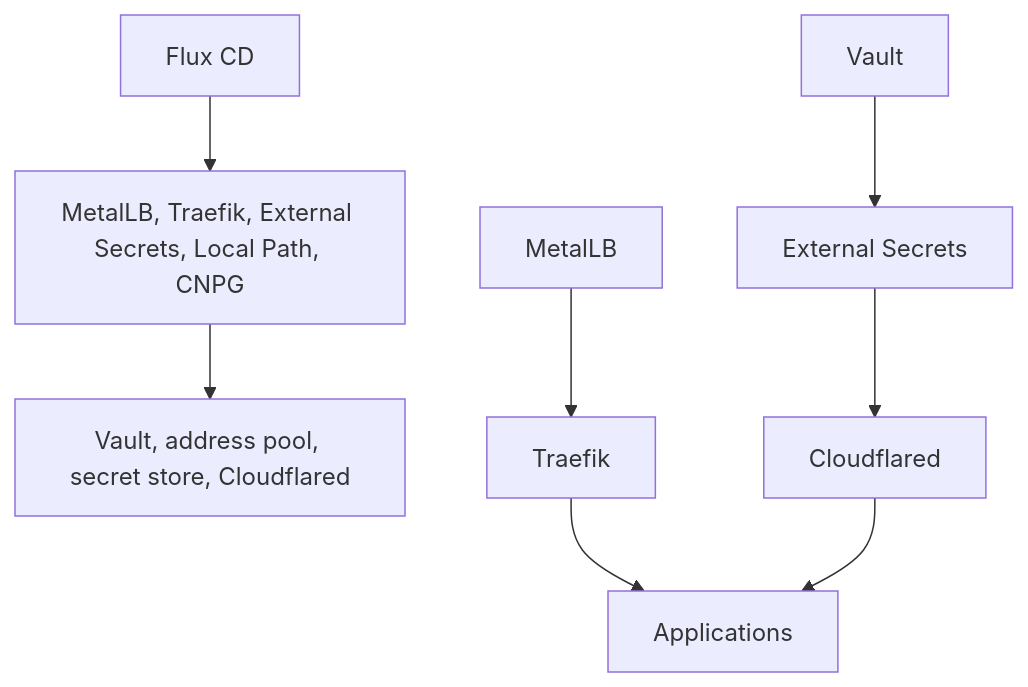
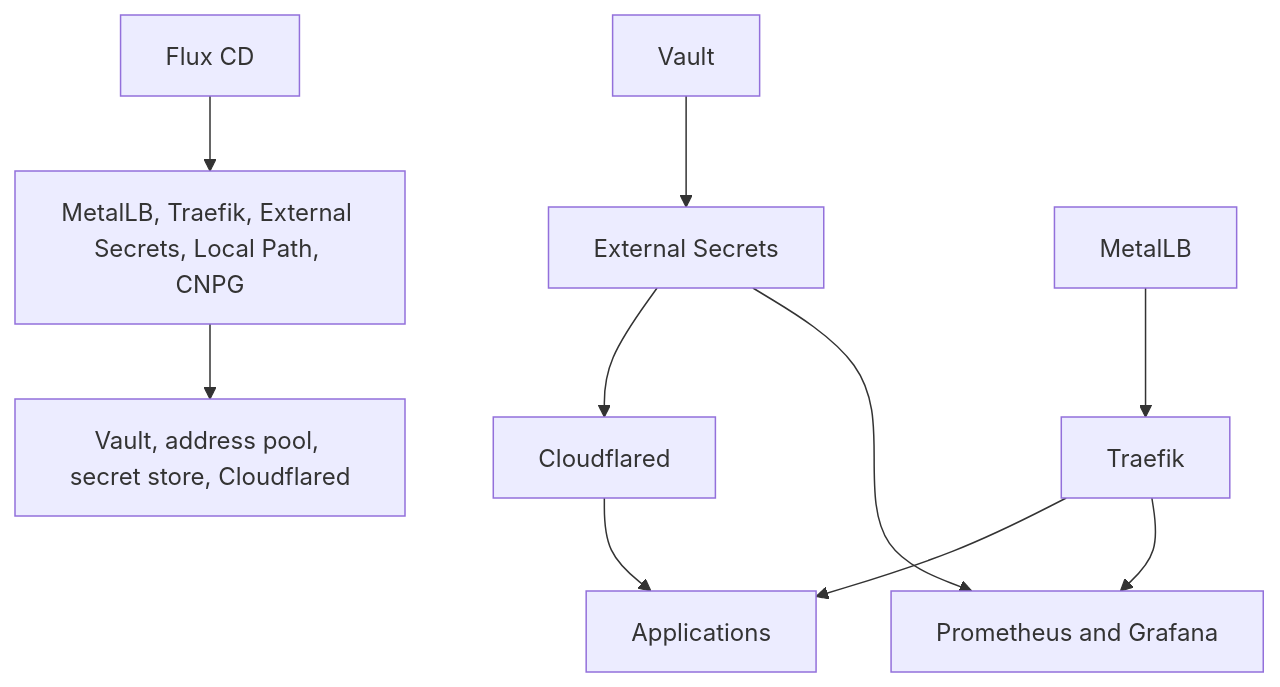
Before and after one commit to HYP3R00T/homelab: the diagram in docs/services/index.md, drawn with Mermaid. The commit also changed other lines of this file and 30 other files, not shown here.

Commit message:
feat(monitoring): enable kube prometheus stack

````diff
--- a/docs/services/index.md
+++ b/docs/services/index.md
@@ -33,10 +28,12 @@
 ```mermaid
 flowchart TB
     Flux[Flux CD] --> Controllers[MetalLB, Traefik, External Secrets, Local Path, CNPG]
     Controllers --> Configs[Vault, address pool, secret store, Cloudflared]
     Vault --> ESO[External Secrets]
     ESO --> Cloudflared[Cloudflared]
+    ESO --> Monitoring[Prometheus and Grafana]
     MetalLB --> Traefik[Traefik]
     Traefik --> Apps[Applications]
+    Traefik --> Monitoring
     Cloudflared --> Apps
 ```
````
